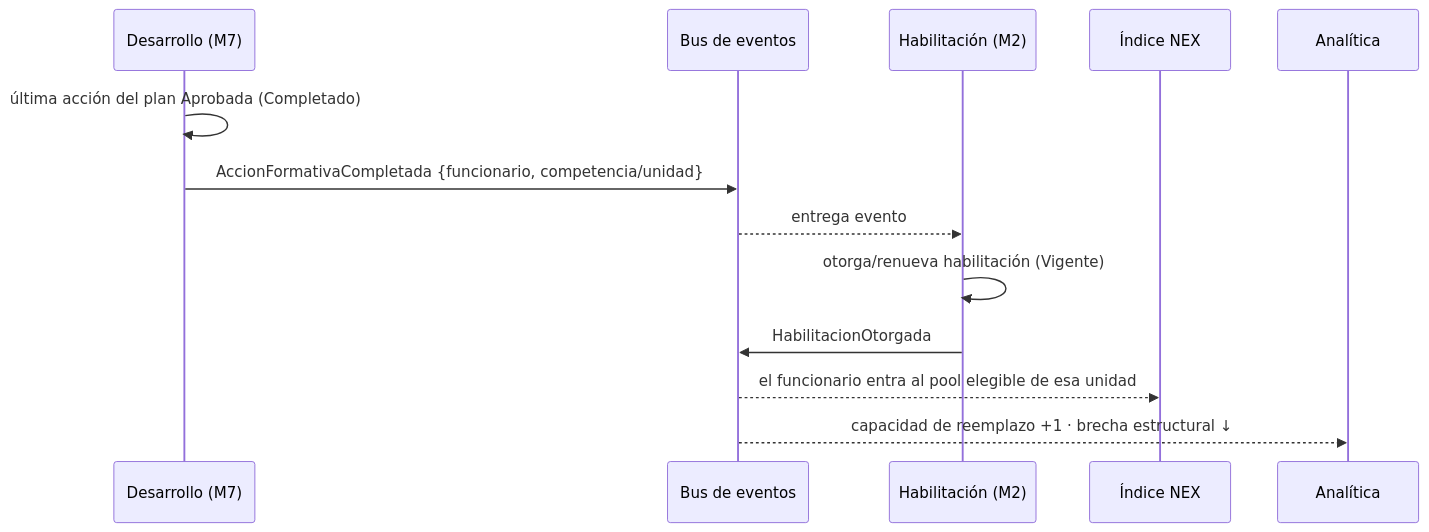
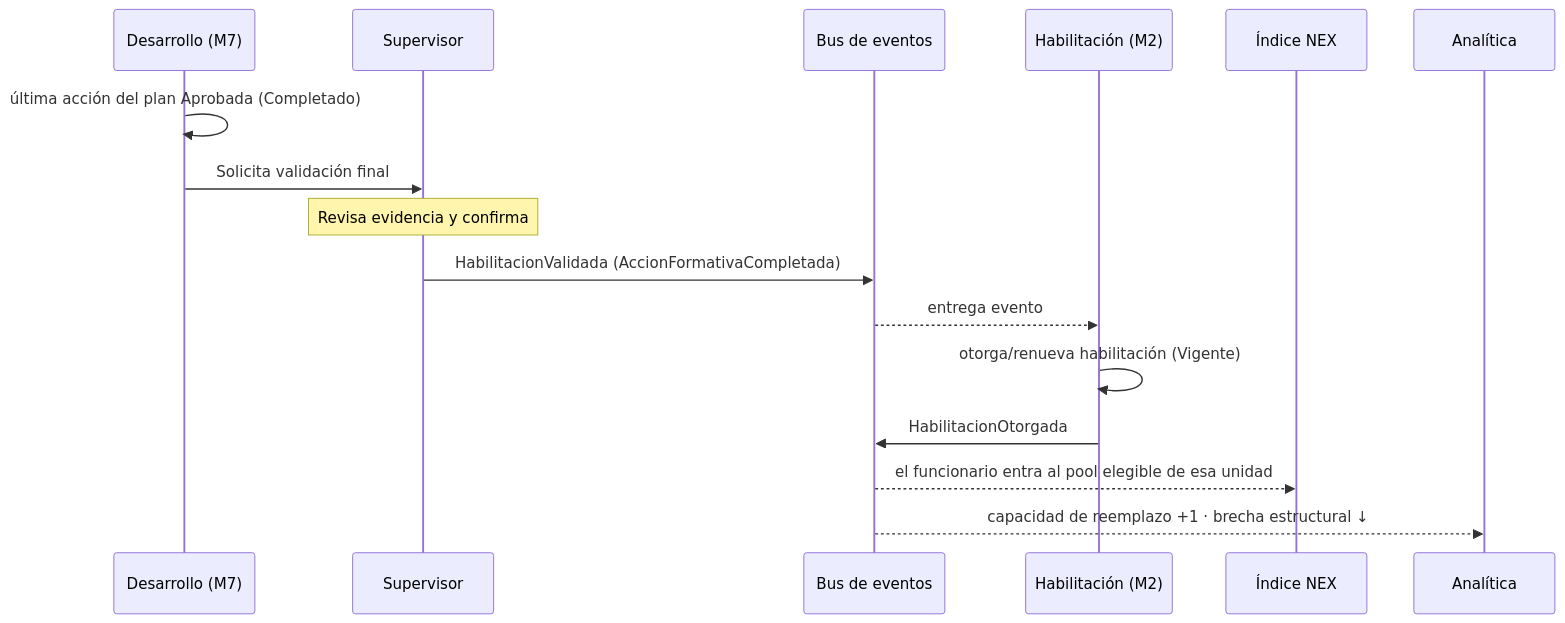
Before and after one commit to gonzalez2049-max/Gesti-n-Dotaci-n-: the second of 2 diagrams in docs/architecture/20-desarrollo-profesional.md, drawn with Mermaid. The commit also changed other lines of this file and 1 other file, not shown here.

````diff
--- a/docs/architecture/20-desarrollo-profesional.md
+++ b/docs/architecture/20-desarrollo-profesional.md
@@ -90,15 +100,18 @@
 ```mermaid
 sequenceDiagram
     participant D as Desarrollo (M7)
+    participant S as Supervisor
     participant BUS as Bus de eventos
     participant H as Habilitación (M2)
     participant NEX as Índice NEX
     participant AN as Analítica
     D->>D: última acción del plan Aprobada (Completado)
-    D->>BUS: AccionFormativaCompletada {funcionario, competencia/unidad}
+    D->>S: Solicita validación final
+    Note over S: Revisa evidencia y confirma
+    S->>BUS: HabilitacionValidada (AccionFormativaCompletada)
     BUS-->>H: entrega evento
     H->>H: otorga/renueva habilitación (Vigente)
     H->>BUS: HabilitacionOtorgada
     BUS-->>NEX: el funcionario entra al pool elegible de esa unidad
     BUS-->>AN: capacidad de reemplazo +1 · brecha estructural ↓
 ```
````
